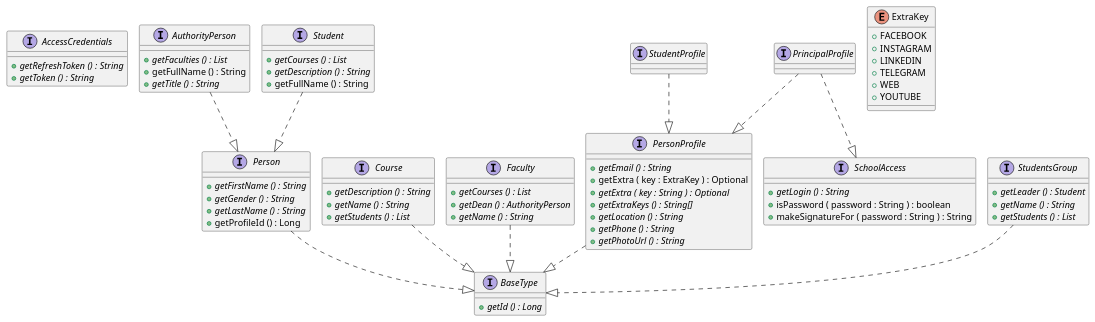
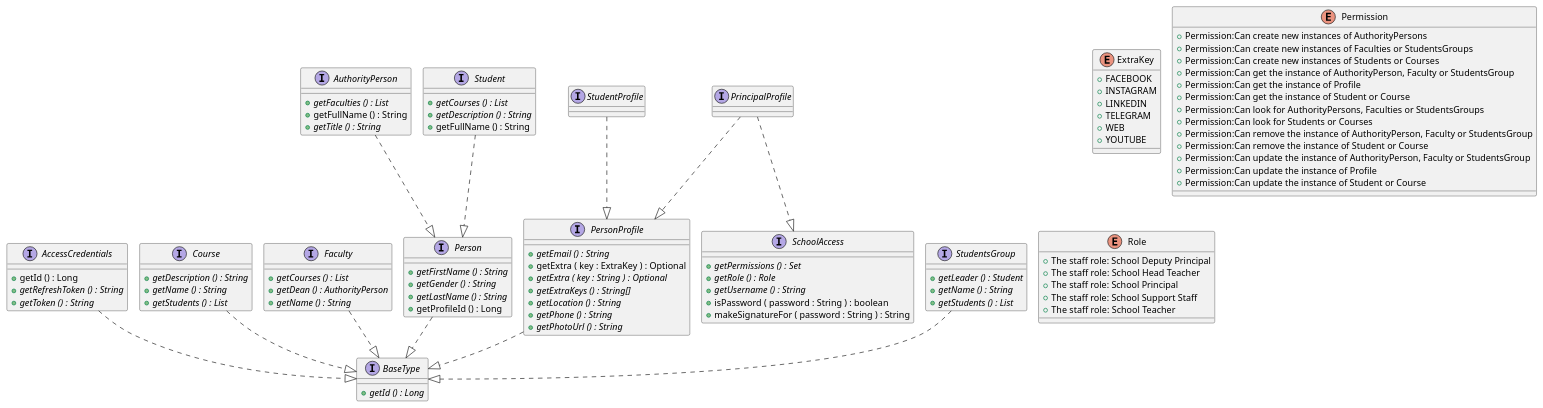
One commit to OlegSopilnyak/school-demo changed the diagram in micro-core/documentation/puml/class-diagrams/CommonDataModel.puml. Above: the diagram before and after it, drawn with PlantUML. The commit also changed 21 other files, not shown here.

```diff
--- a/micro-core/documentation/puml/class-diagrams/CommonDataModel.puml
+++ b/micro-core/documentation/puml/class-diagrams/CommonDataModel.puml
@@ -3,108 +3,138 @@
 @startuml
 !pragma layout smetana
 
 interface AccessCredentials {
+	{method} +getId () : Long
 	{method}  {abstract} +getRefreshToken () : String
 	{method}  {abstract} +getToken () : String
 }
 
 
 interface AuthorityPerson {
 	{method}  {abstract} +getFaculties () : List
 	{method} +getFullName () : String
 	{method}  {abstract} +getTitle () : String
 }
 
 
 interface BaseType {
 	{method}  {abstract} +getId () : Long
 }
 
 
 interface Course {
 	{method}  {abstract} +getDescription () : String
 	{method}  {abstract} +getName () : String
 	{method}  {abstract} +getStudents () : List
 }
 
 
 enum ExtraKey {
 	{field} +FACEBOOK
 	{field} +INSTAGRAM
 	{field} +LINKEDIN
 	{field} +TELEGRAM
 	{field} +WEB
 	{field} +YOUTUBE
 }
 
 
 interface Faculty {
 	{method}  {abstract} +getCourses () : List
 	{method}  {abstract} +getDean () : AuthorityPerson
 	{method}  {abstract} +getName () : String
 }
 
 
+enum Permission {
+	{field} +Permission:Can create new instances of AuthorityPersons
+	{field} +Permission:Can create new instances of Faculties or StudentsGroups
+	{field} +Permission:Can create new instances of Students or Courses
+	{field} +Permission:Can get the instance of AuthorityPerson, Faculty or StudentsGroup
+	{field} +Permission:Can get the instance of Profile
+	{field} +Permission:Can get the instance of Student or Course
+	{field} +Permission:Can look for AuthorityPersons, Faculties or StudentsGroups
+	{field} +Permission:Can look for Students or Courses
+	{field} +Permission:Can remove the instance of AuthorityPerson, Faculty or StudentsGroup
+	{field} +Permission:Can remove the instance of Student or Course
+	{field} +Permission:Can update the instance of AuthorityPerson, Faculty or StudentsGroup
+	{field} +Permission:Can update the instance of Profile
+	{field} +Permission:Can update the instance of Student or Course
+}
+
+
 interface Person {
 	{method}  {abstract} +getFirstName () : String
 	{method}  {abstract} +getGender () : String
 	{method}  {abstract} +getLastName () : String
 	{method} +getProfileId () : Long
 }
 
 
 interface PersonProfile {
 	{method}  {abstract} +getEmail () : String
 	{method} +getExtra ( key : ExtraKey ) : Optional
 	{method}  {abstract} +getExtra ( key : String ) : Optional
 	{method}  {abstract} +getExtraKeys () : String[]
 	{method}  {abstract} +getLocation () : String
 	{method}  {abstract} +getPhone () : String
 	{method}  {abstract} +getPhotoUrl () : String
 }
 
 
 interface PrincipalProfile {
 }
 
 
+enum Role {
+	{field} +The staff role: School Deputy Principal
+	{field} +The staff role: School Head Teacher
+	{field} +The staff role: School Principal
+	{field} +The staff role: School Support Staff
+	{field} +The staff role: School Teacher
+}
+
+
 interface SchoolAccess {
-	{method}  {abstract} +getLogin () : String
+	{method}  {abstract} +getPermissions () : Set
+	{method}  {abstract} +getRole () : Role
+	{method}  {abstract} +getUsername () : String
 	{method} +isPassword ( password : String ) : boolean
 	{method} +makeSignatureFor ( password : String ) : String
 }
 
 
 interface Student {
 	{method}  {abstract} +getCourses () : List
 	{method}  {abstract} +getDescription () : String
 	{method} +getFullName () : String
 }
 
 
 interface StudentProfile {
 }
 
 
 interface StudentsGroup {
 	{method}  {abstract} +getLeader () : Student
 	{method}  {abstract} +getName () : String
 	{method}  {abstract} +getStudents () : List
 }
 
 
 
 
+AccessCredentials ..|>  BaseType
 AuthorityPerson ..|>  Person
 Course ..|>  BaseType
 Faculty ..|>  BaseType
 Person ..|>  BaseType
 PersonProfile ..|>  BaseType
 PrincipalProfile ..|>  PersonProfile
 PrincipalProfile ..|>  SchoolAccess
 Student ..|>  Person
 StudentProfile ..|>  PersonProfile
 StudentsGroup ..|>  BaseType
 
 
 @enduml
```
